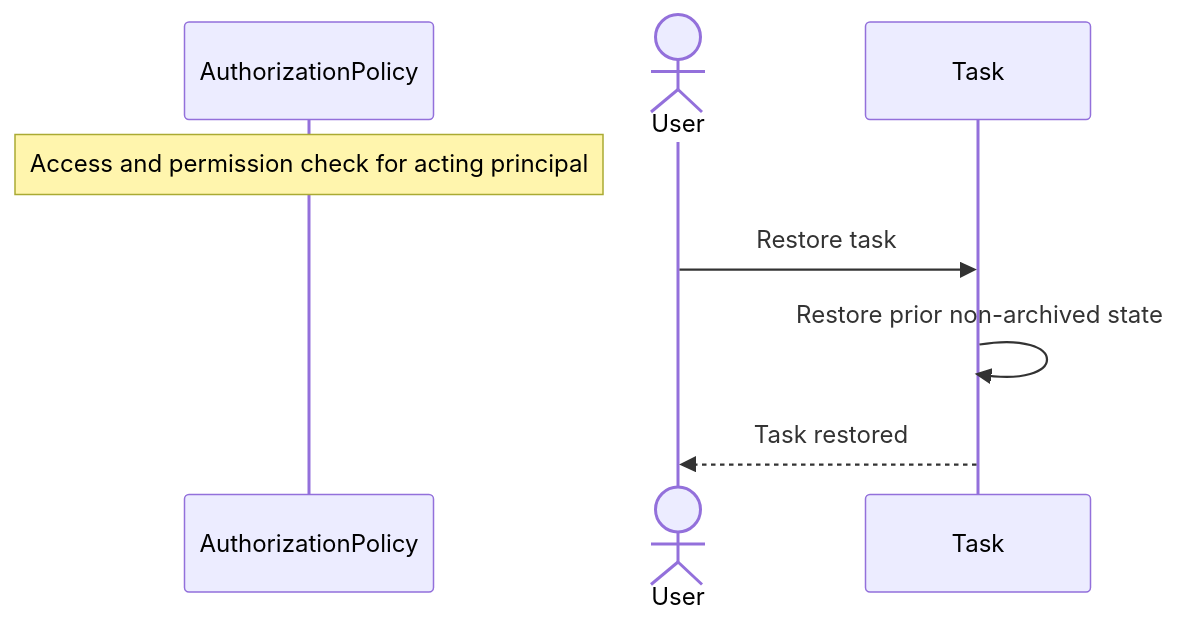
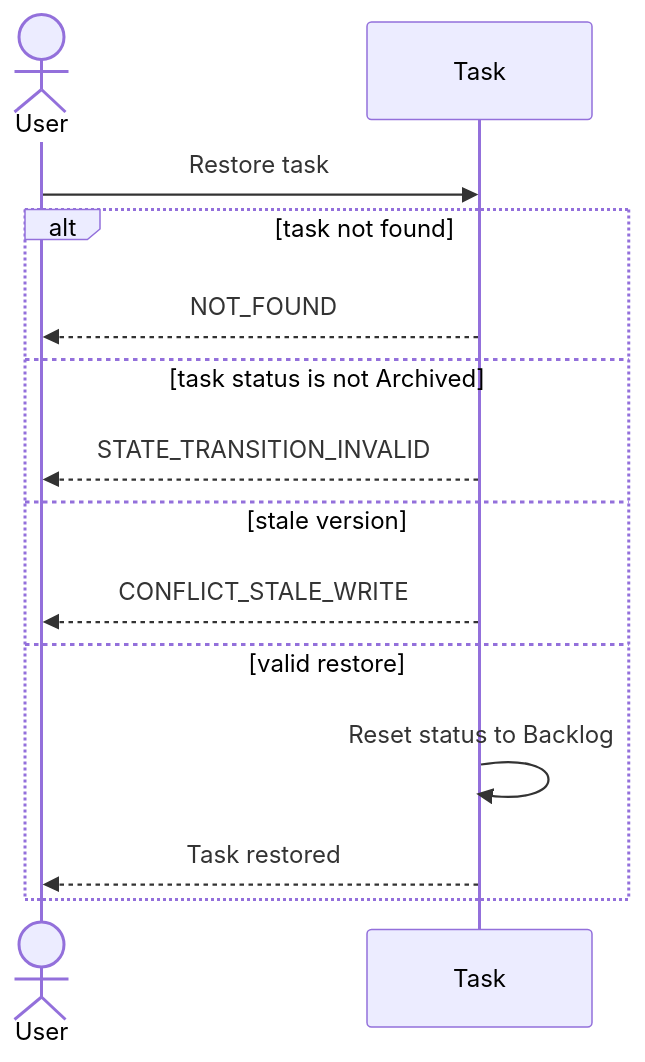
One commit to ChidiRnweke/margin changed the eighth of 15 diagrams in architecture/sequence-diagrams/03-tasks-recurrence.md. Above: the diagram before and after it, drawn with Mermaid. The commit also changed other lines of this file and 12 other files, not shown here.

Commit message:
Enhance sequence diagrams and introduce traceability matrix

````diff
--- a/architecture/sequence-diagrams/03-tasks-recurrence.md
+++ b/architecture/sequence-diagrams/03-tasks-recurrence.md
@@ -130,10 +190,16 @@
 ```mermaid
 sequenceDiagram
-    participant G as AuthorizationPolicy
-    Note over G: Access and permission check for acting principal
     actor U as User
     participant T as Task
     U->>T: Restore task
-    T->>T: Restore prior non-archived state
-    T-->>U: Task restored
+    alt task not found
+        T-->>U: NOT_FOUND
+    else task status is not Archived
+        T-->>U: STATE_TRANSITION_INVALID
+    else stale version
+        T-->>U: CONFLICT_STALE_WRITE
+    else valid restore
+        T->>T: Reset status to Backlog
+        T-->>U: Task restored
+    end
 ```
````
